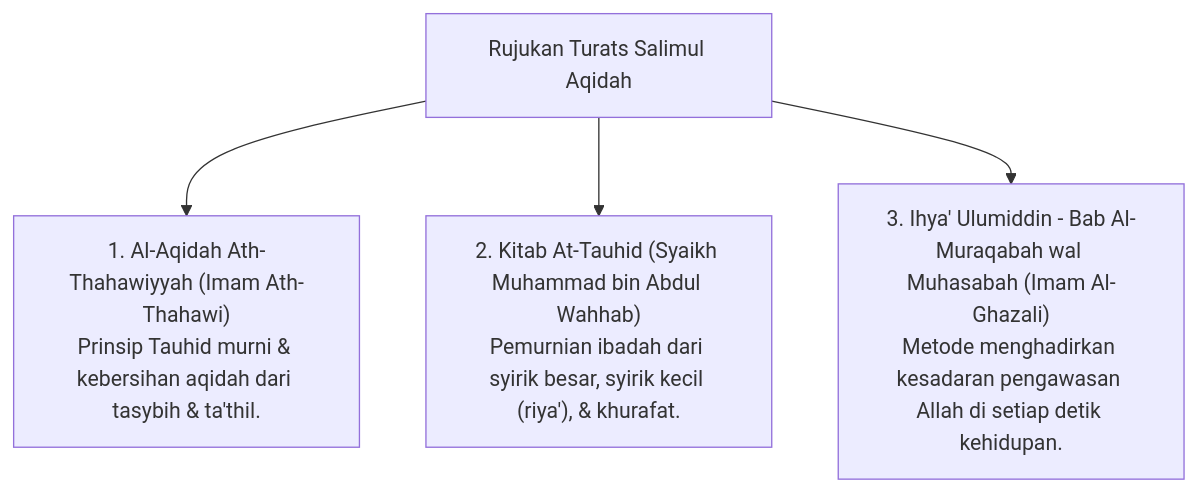
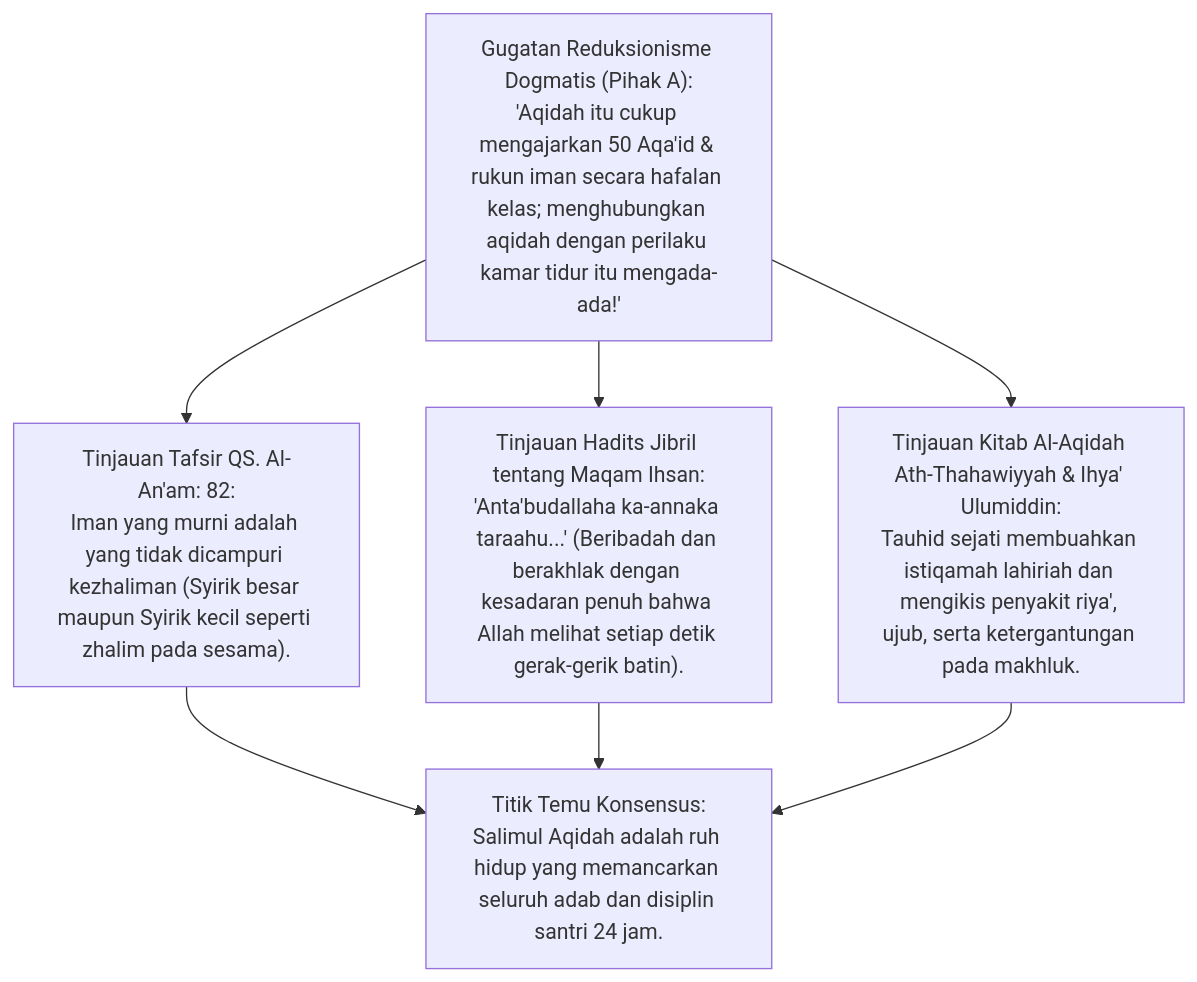
The second of 8 diagrams in 03 Capacity Framework/04 Salimul Aqidah/P3-04-01-Filosofi-dan-Landasan-Turats.md (wandiapriliyandi/tumbuh), drawn with Mermaid before and after one commit. The commit also changed other lines of this file and 4 other files, not shown here.

Commit message:
feat(capacity-framework): upgrade sub-modul 01-05 Salimul Aqidah ke standar monograf riset hibrida dialektis A+

````diff
--- a/03 Capacity Framework/04 Salimul Aqidah/P3-04-01-Filosofi-dan-Landasan-Turats.md
+++ b/03 Capacity Framework/04 Salimul Aqidah/P3-04-01-Filosofi-dan-Landasan-Turats.md
@@ -22,8 +69,8 @@
 ```mermaid
 graph TD
-    Turats["Rujukan Turats Salimul Aqidah"]
-    
-    Turats --> T1["1. Al-Aqidah Ath-Thahawiyyah (Imam Ath-Thahawi)<br/>Prinsip Tauhid murni & kebersihan aqidah dari tasybih & ta'thil."]
-    Turats --> T2["2. Kitab At-Tauhid (Syaikh Muhammad bin Abdul Wahhab)<br/>Pemurnian ibadah dari syirik besar, syirik kecil (riya'), & khurafat."]
-    Turats --> T3["3. Ihya' Ulumiddin - Bab Al-Muraqabah wal Muhasabah (Imam Al-Ghazali)<br/>Metode menghadirkan kesadaran pengawasan Allah di setiap detik kehidupan."]
+    A["Gugatan Reduksionisme Dogmatis (Pihak A):<br/>'Aqidah itu cukup mengajarkan 50 Aqa'id & rukun iman secara hafalan kelas; menghubungkan aqidah dengan perilaku kamar tidur itu mengada-ada!'"]
+    --> B1["Tinjauan Tafsir QS. Al-An'am: 82:<br/>Iman yang murni adalah yang tidak dicampuri kezhaliman (Syirik besar maupun Syirik kecil seperti zhalim pada sesama)."]
+    A --> B2["Tinjauan Hadits Jibril tentang Maqam Ihsan:<br/>'Anta'budallaha ka-annaka taraahu...' (Beribadah dan berakhlak dengan kesadaran penuh bahwa Allah melihat setiap detik gerak-gerik batin)."]
+    A --> B3["Tinjauan Kitab Al-Aqidah Ath-Thahawiyyah & Ihya' Ulumiddin:<br/>Tauhid sejati membuahkan istiqamah lahiriah dan mengikis penyakit riya', ujub, serta ketergantungan pada makhluk."]
+    B1 & B2 & B3 --> C["Titik Temu Konsensus:<br/>Salimul Aqidah adalah ruh hidup yang memancarkan seluruh adab dan disiplin santri 24 jam."]
 ```
````
